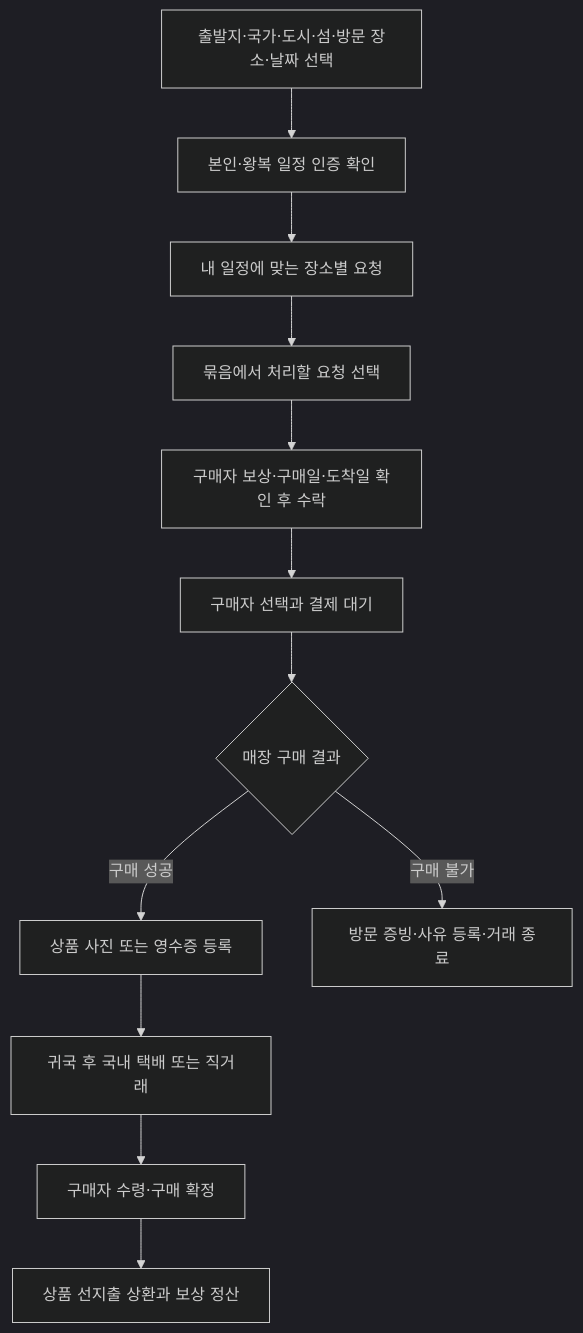
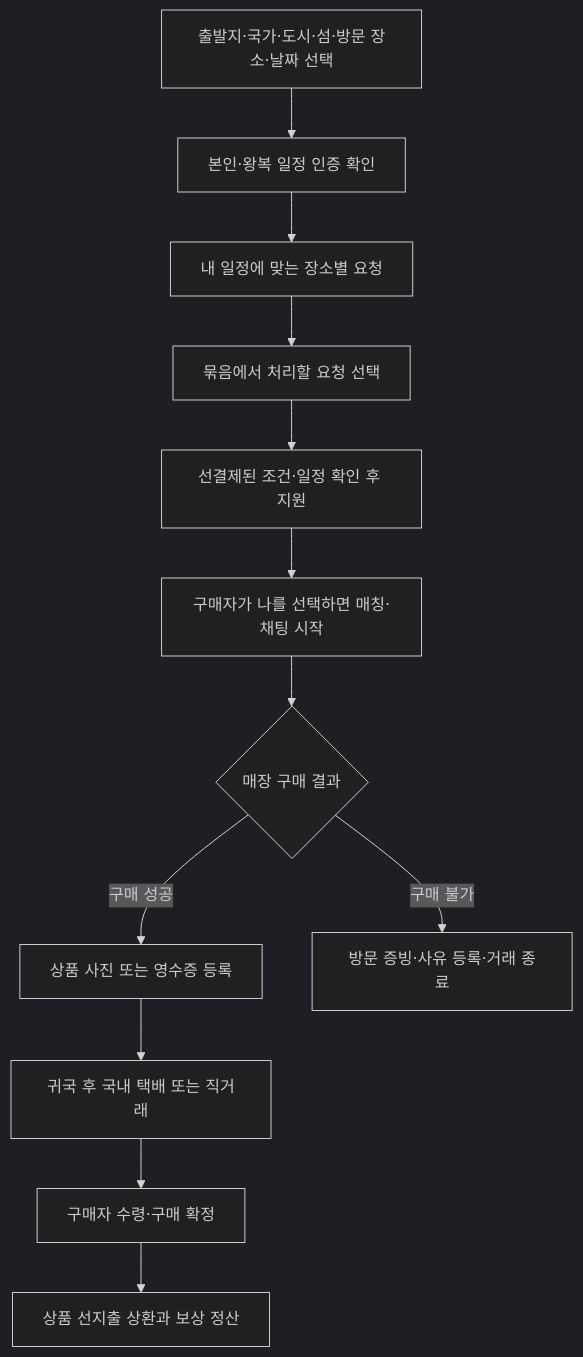
One commit to sounkimha/moa changed the second of 2 diagrams in docs/01-product-and-flows.md. Above: the diagram before and after it, drawn with Mermaid (dark theme). The commit also changed other lines of this file and 43 other files, not shown here.

````diff
--- a/docs/01-product-and-flows.md
+++ b/docs/01-product-and-flows.md
@@ -36,14 +36,14 @@
 ```mermaid
 flowchart TD
   A["출발지·국가·도시·섬·방문 장소·날짜 선택"] --> V["본인·왕복 일정 인증 확인"]
   V --> B["내 일정에 맞는 장소별 요청"]
   B --> C["묶음에서 처리할 요청 선택"]
-  C --> D["구매자 보상·구매일·도착일 확인 후 수락"]
-  D --> E["구매자 선택과 결제 대기"]
+  C --> D["선결제된 조건·일정 확인 후 지원"]
+  D --> E["구매자가 나를 선택하면 매칭·채팅 시작"]
   E --> F{"매장 구매 결과"}
   F -->|구매 성공| P["상품 사진 또는 영수증 등록"]
   F -->|구매 불가| J["방문 증빙·사유 등록·거래 종료"]
   P --> G["귀국 후 국내 택배 또는 직거래"]
   G --> H["구매자 수령·구매 확정"]
   H --> Z["상품 선지출 상환과 보상 정산"]
 ```
````
